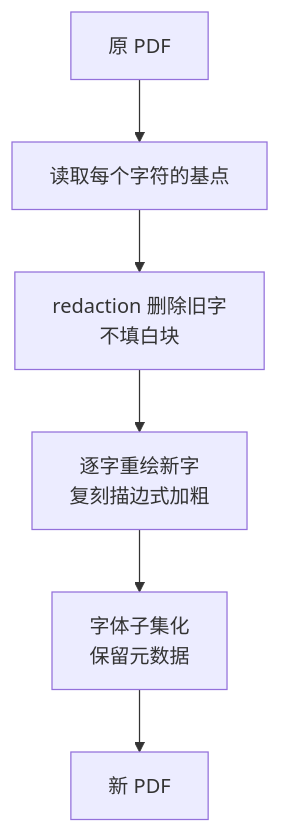
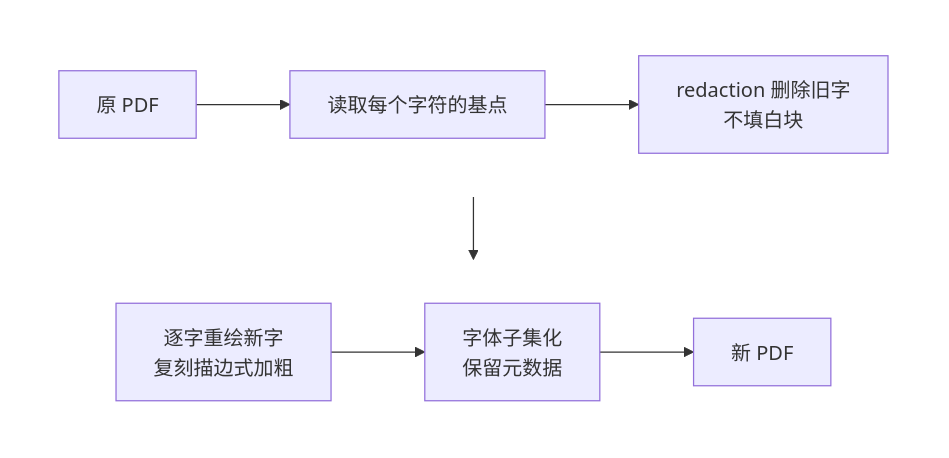
The second of 2 diagrams in PDFTextEditor介绍.md (kwong012/PDFTextEditor), drawn with Mermaid before and after one commit. The commit also changed other lines of this file and 2 other files, not shown here.

Commit message:
docs: README 增加界面截图，介绍 md 改为两排流程图
- assets/screenshot.png：界面截图（2560×1526 整屏原图）
- README：开头插入界面预览图，目录结构补充 screenshot.png
- PDFTextEditor介绍.md：工作原理流程图改为两排横向（flowchart TB + 两个 direction LR 子图）

````diff
--- a/PDFTextEditor介绍.md
+++ b/PDFTextEditor介绍.md
@@ -82,8 +80,14 @@
 ```mermaid
-flowchart TD
-    S[原 PDF] --> T1[读取每个字符的基点]
-    T1 --> T2[redaction 删除旧字<br/>不填白块]
-    T2 --> T3[逐字重绘新字<br/>复刻描边式加粗]
-    T3 --> T4[字体子集化<br/>保留元数据]
-    T4 --> O[新 PDF]
+flowchart TB
+    subgraph r1[" "]
+      direction LR
+      S[原 PDF] --> T1[读取每个字符的基点] --> T2[redaction 删除旧字<br/>不填白块]
+    end
+    subgraph r2[" "]
+      direction LR
+      T3[逐字重绘新字<br/>复刻描边式加粗] --> T4[字体子集化<br/>保留元数据] --> O[新 PDF]
+    end
+    r1 --> r2
+    style r1 fill:transparent,stroke:none
+    style r2 fill:transparent,stroke:none
 ```
````
